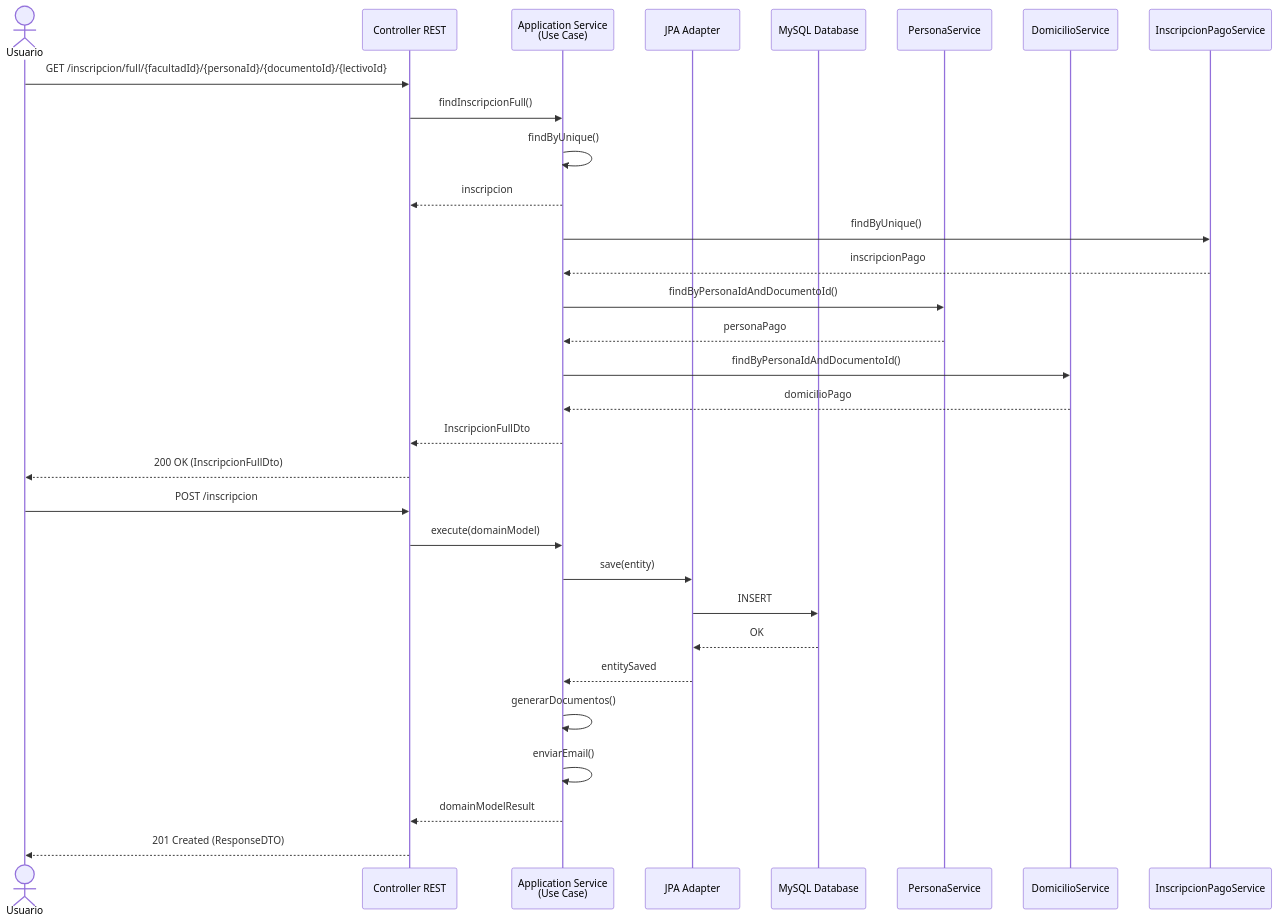
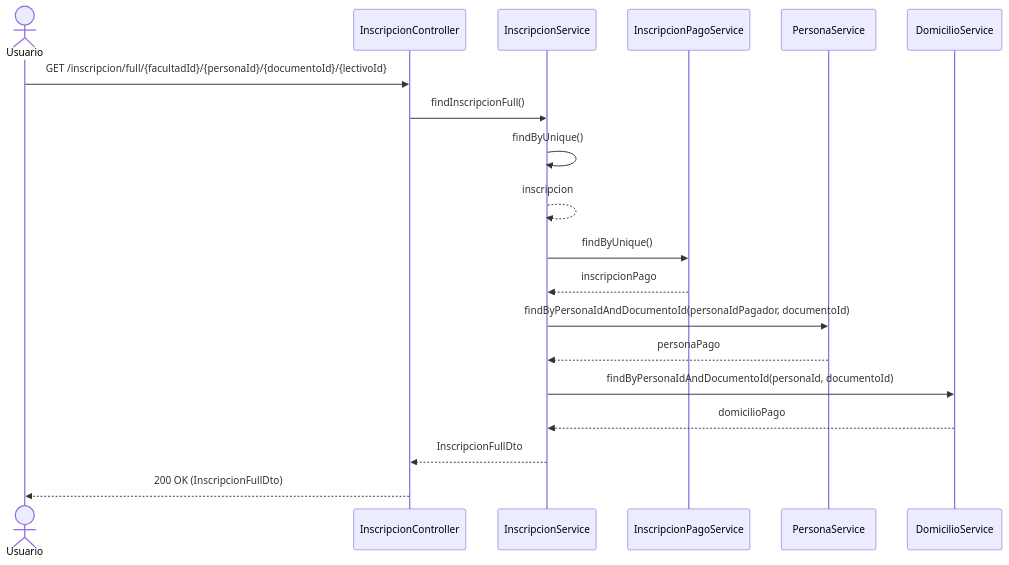
Before and after one commit to UM-services/UM.facultad.core-service: the diagram in docs/diagrams/flujo-inscripcion.mmd, drawn with Mermaid. The commit also changed 3 other files, not shown here.

```diff
--- a/docs/diagrams/flujo-inscripcion.mmd
+++ b/docs/diagrams/flujo-inscripcion.mmd
@@ -1,33 +1,20 @@
 sequenceDiagram
     actor U as Usuario
-    participant C as Controller REST
-    participant UC as Application Service<br/>(Use Case)
-    participant AD as JPA Adapter
-    participant DB as MySQL Database
+    participant C as InscripcionController
+    participant UC as InscripcionService
+    participant IPS as InscripcionPagoService
     participant PS as PersonaService
     participant DS as DomicilioService
-    participant IPS as InscripcionPagoService
 
     U->>C: GET /inscripcion/full/{facultadId}/{personaId}/{documentoId}/{lectivoId}
     C->>UC: findInscripcionFull()
     UC->>UC: findByUnique()
-    UC-->>C: inscripcion
+    UC-->>UC: inscripcion
     UC->>IPS: findByUnique()
     IPS-->>UC: inscripcionPago
-    UC->>PS: findByPersonaIdAndDocumentoId()
+    UC->>PS: findByPersonaIdAndDocumentoId(personaIdPagador, documentoId)
     PS-->>UC: personaPago
-    UC->>DS: findByPersonaIdAndDocumentoId()
+    UC->>DS: findByPersonaIdAndDocumentoId(personaId, documentoId)
     DS-->>UC: domicilioPago
     UC-->>C: InscripcionFullDto
     C-->>U: 200 OK (InscripcionFullDto)
-
-    U->>C: POST /inscripcion
-    C->>UC: execute(domainModel)
-    UC->>AD: save(entity)
-    AD->>DB: INSERT
-    DB-->>AD: OK
-    AD-->>UC: entitySaved
-    UC->>UC: generarDocumentos()
-    UC->>UC: enviarEmail()
-    UC-->>C: domainModelResult
-    C-->>U: 201 Created (ResponseDTO)
```
